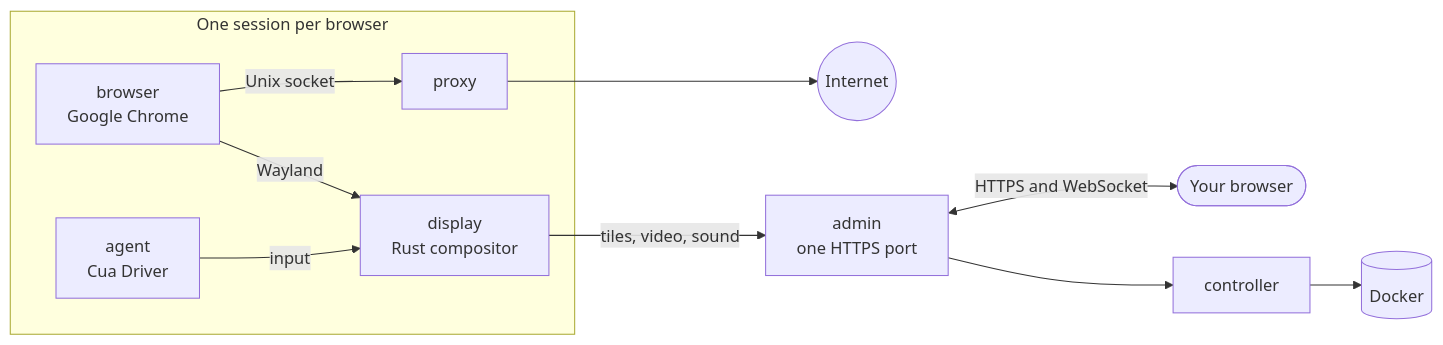
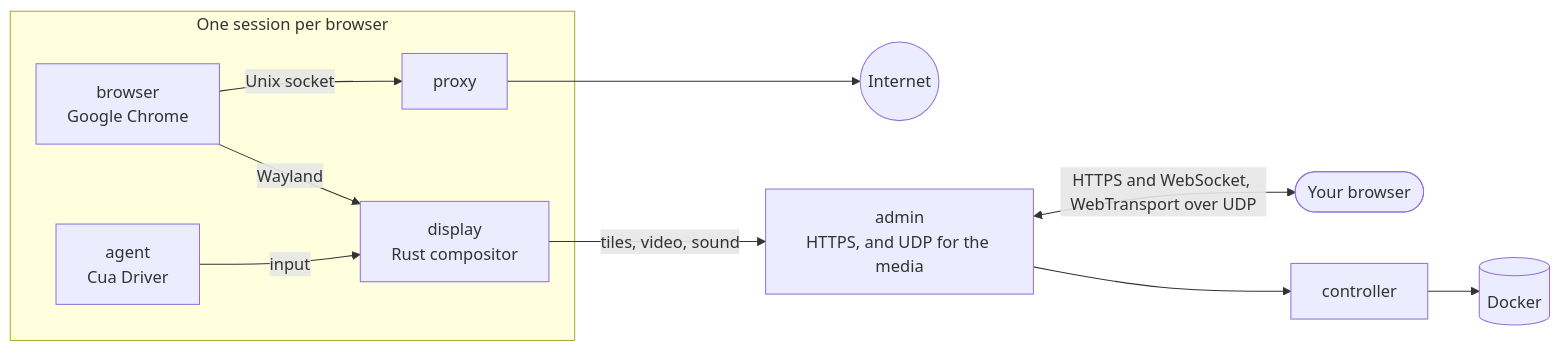
One commit to julianosig/easi.run changed the diagram in README.md. Above: the diagram before and after it, drawn with Mermaid. The commit also changed other lines of this file and 76 other files, not shown here.

````diff
--- a/README.md
+++ b/README.md
@@ -262,20 +264,20 @@
 ```mermaid
 flowchart LR
     person(["Your browser"])
     internet(("Internet"))
     subgraph session["One session per browser"]
         agent["agent<br/>Cua Driver"]
         browser["browser<br/>Google Chrome"]
         display["display<br/>Rust compositor"]
         proxy["proxy"]
     end
-    admin["admin<br/>one HTTPS port"]
+    admin["admin<br/>HTTPS, and UDP for the media"]
     controller["controller"]
     docker[("Docker")]
     browser -- Wayland --> display
     agent -- input --> display
     browser -- Unix socket --> proxy --> internet
     display -- tiles, video, sound --> admin
-    admin <-- HTTPS and WebSocket --> person
+    admin <-- HTTPS and WebSocket, WebTransport over UDP --> person
     admin --> controller --> docker
 ```
````
